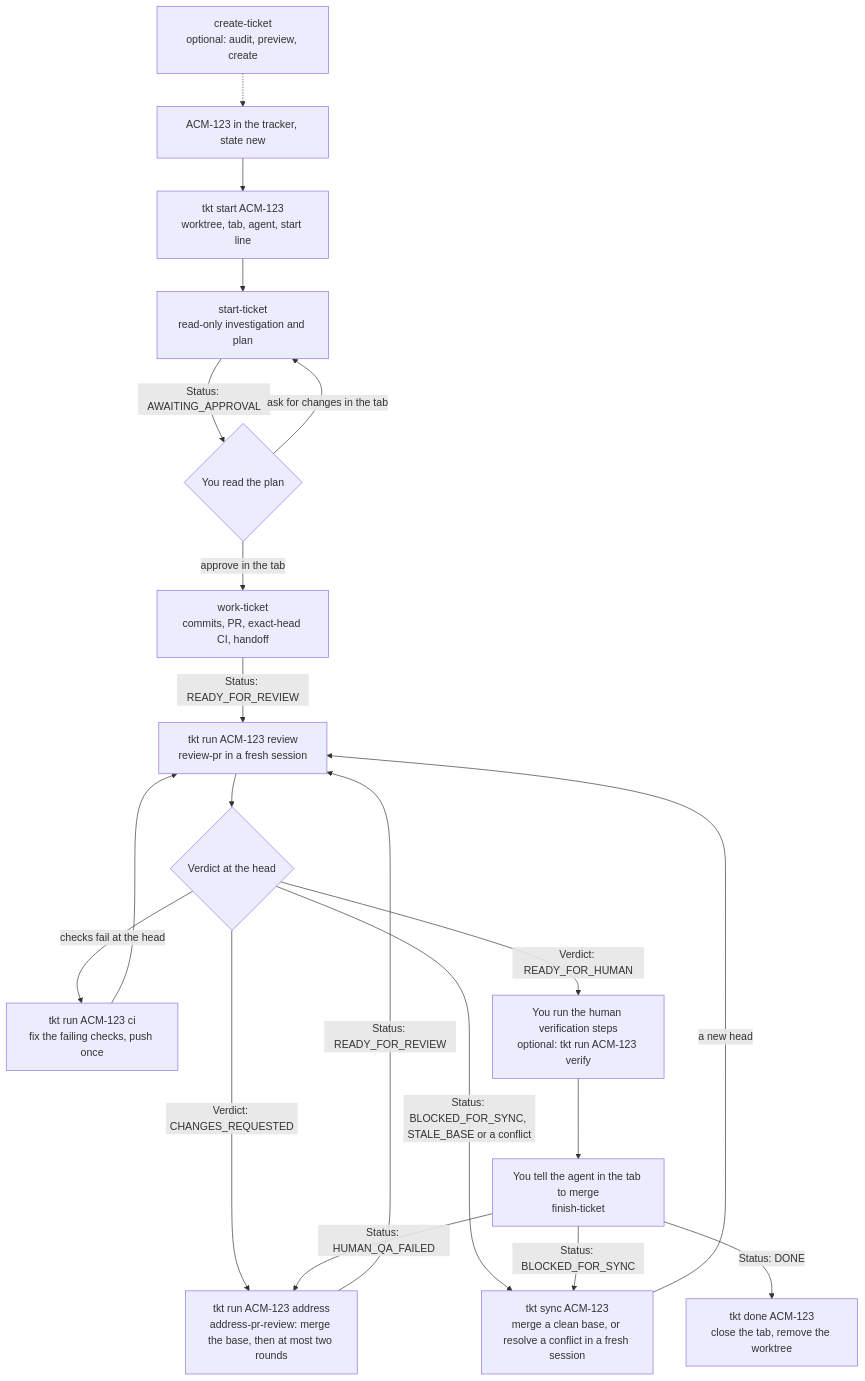
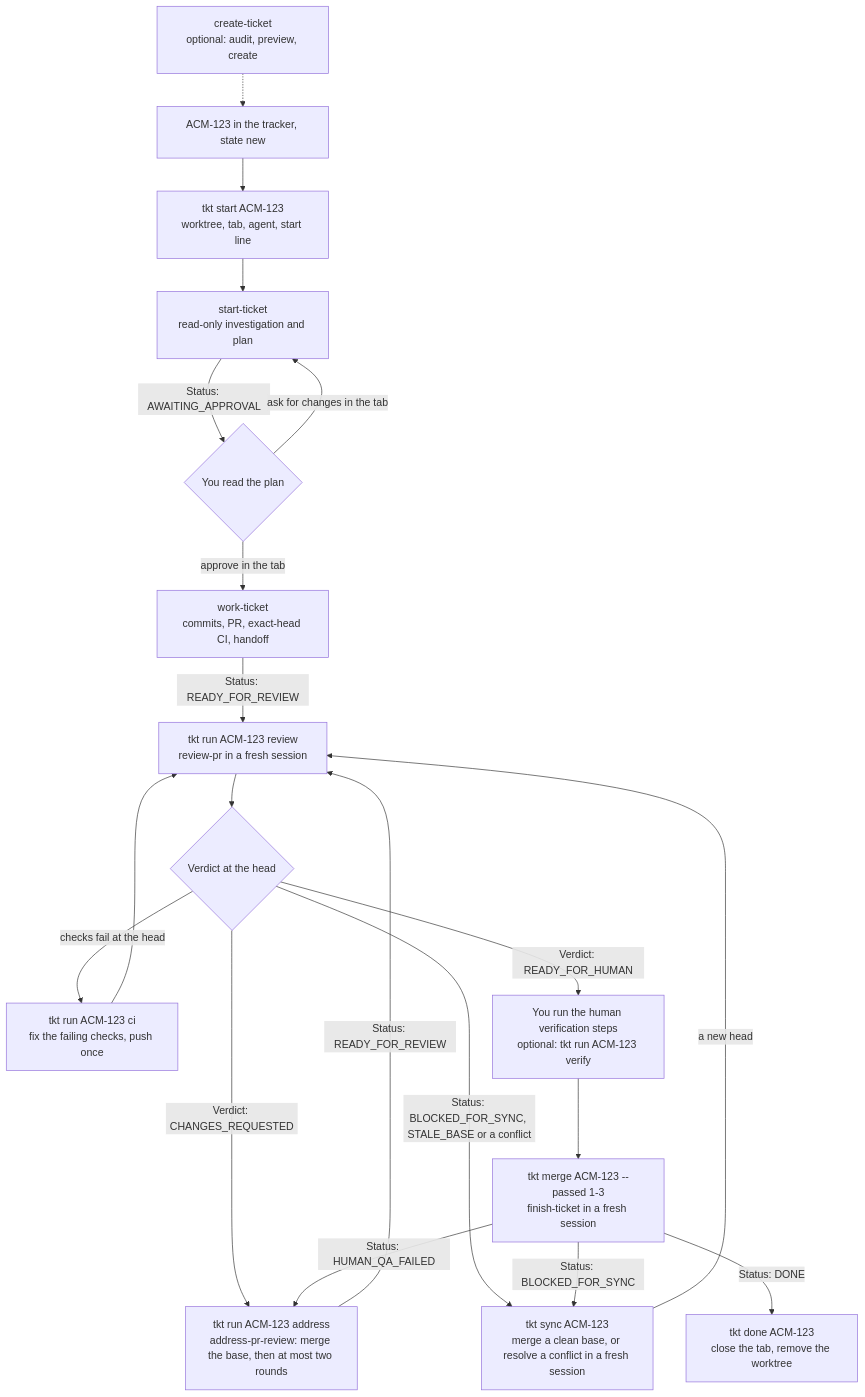
One commit to rogsme/tkt changed the second of 6 diagrams in docs/lifecycle.md. Above: the diagram before and after it, drawn with Mermaid. The commit also changed other lines of this file and 31 other files, not shown here.

First line of the commit message:
Merge a verified ticket with tkt merge, now or once its checks pass

````diff
--- a/docs/lifecycle.md
+++ b/docs/lifecycle.md
@@ -59,37 +59,37 @@
 ```mermaid
 flowchart TD
   ticket[ACM-123 in the tracker, state new]
   ct[create-ticket<br/>optional: audit, preview, create]
   start[tkt start ACM-123<br/>worktree, tab, agent, start line]
   st[start-ticket<br/>read-only investigation and plan]
   plan{You read the plan}
   wk[work-ticket<br/>commits, PR, exact-head CI, handoff]
   review[tkt run ACM-123 review<br/>review-pr in a fresh session]
   verdict{Verdict at the head}
   address[tkt run ACM-123 address<br/>address-pr-review: merge the base, then at most two rounds]
   sync[tkt sync ACM-123<br/>merge a clean base, or resolve a conflict in a fresh session]
   cifix[tkt run ACM-123 ci<br/>fix the failing checks, push once]
   human[You run the human verification steps<br/>optional: tkt run ACM-123 verify]
-  merge[You tell the agent in the tab to merge<br/>finish-ticket]
+  merge[tkt merge ACM-123 --passed 1-3<br/>finish-ticket in a fresh session]
   done[tkt done ACM-123<br/>close the tab, remove the worktree]
 
   ct -.-> ticket
   ticket --> start
   start --> st
   st -->|Status: AWAITING_APPROVAL| plan
   plan -->|ask for changes in the tab| st
   plan -->|approve in the tab| wk
   wk -->|Status: READY_FOR_REVIEW| review
   review --> verdict
   verdict -->|Verdict: CHANGES_REQUESTED| address
   verdict -->|Status: BLOCKED_FOR_SYNC, STALE_BASE or a conflict| sync
   verdict -->|checks fail at the head| cifix
   verdict -->|Verdict: READY_FOR_HUMAN| human
   address -->|Status: READY_FOR_REVIEW| review
   sync -->|a new head| review
   cifix --> review
   human --> merge
   merge -->|Status: HUMAN_QA_FAILED| address
   merge -->|Status: BLOCKED_FOR_SYNC| sync
   merge -->|Status: DONE| done
 ```
````
